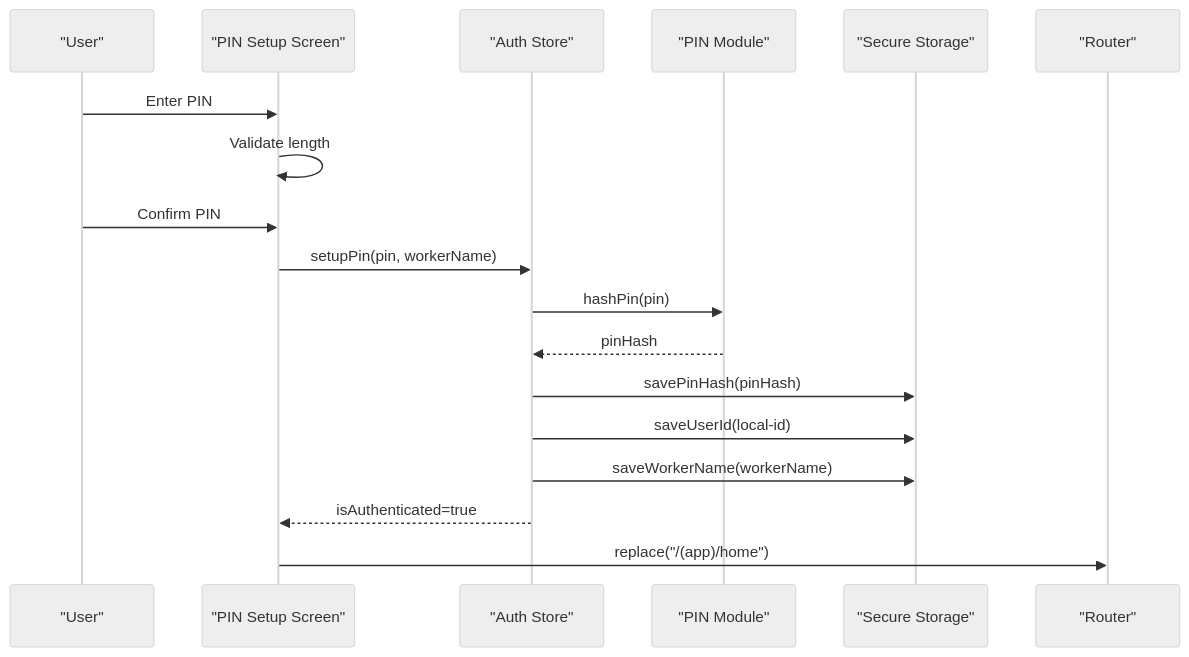
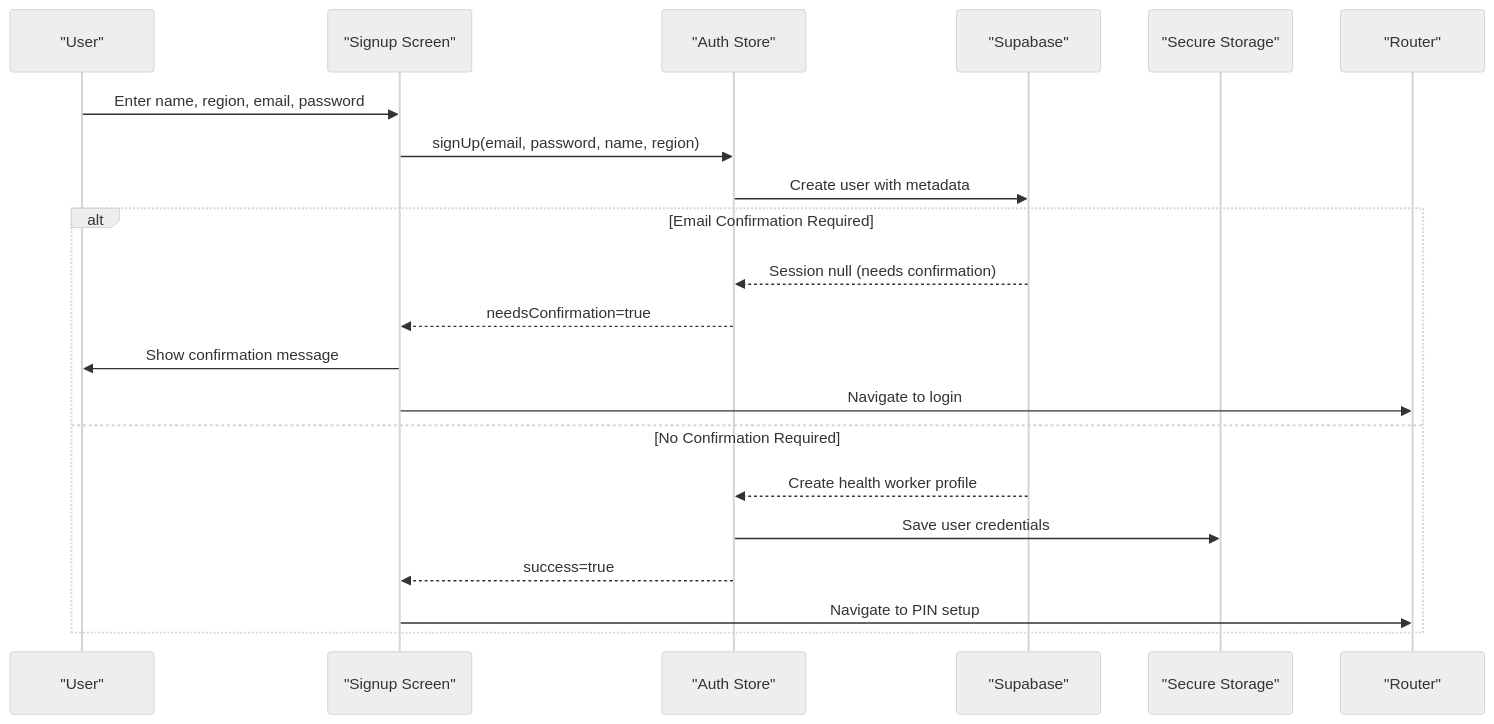
One commit to AdeelTahir-SE/DermSight changed the fourth of 7 diagrams in .qoder/repowiki/en/content/Authentication System/Authentication System.md. Above: the diagram before and after it, drawn with Mermaid (neutral theme). The commit also changed other lines of this file and 43 other files, not shown here.

````diff
--- a/.qoder/repowiki/en/content/Authentication System/Authentication System.md
+++ b/.qoder/repowiki/en/content/Authentication System/Authentication System.md
@@ -300,20 +407,23 @@
 ```mermaid
 sequenceDiagram
 participant U as "User"
-participant PS as "PIN Setup Screen"
+participant SU as "Signup Screen"
 participant S as "Auth Store"
-participant P as "PIN Module"
+participant SUP as "Supabase"
 participant SS as "Secure Storage"
 participant R as "Router"
-U->>PS : Enter PIN
-PS->>PS : Validate length
-U->>PS : Confirm PIN
-PS->>S : setupPin(pin, workerName)
-S->>P : hashPin(pin)
-P-->>S : pinHash
-S->>SS : savePinHash(pinHash)
-S->>SS : saveUserId(local-id)
-S->>SS : saveWorkerName(workerName)
-S-->>PS : isAuthenticated=true
-PS->>R : replace("/(app)/home")
+U->>SU : Enter name, region, email, password
+SU->>S : signUp(email, password, name, region)
+S->>SUP : Create user with metadata
+alt Email Confirmation Required
+SUP-->>S : Session null (needs confirmation)
+S-->>SU : needsConfirmation=true
+SU->>U : Show confirmation message
+SU->>R : Navigate to login
+else No Confirmation Required
+SUP-->>S : Create health worker profile
+S->>SS : Save user credentials
+S-->>SU : success=true
+SU->>R : Navigate to PIN setup
+end
 ```
````
